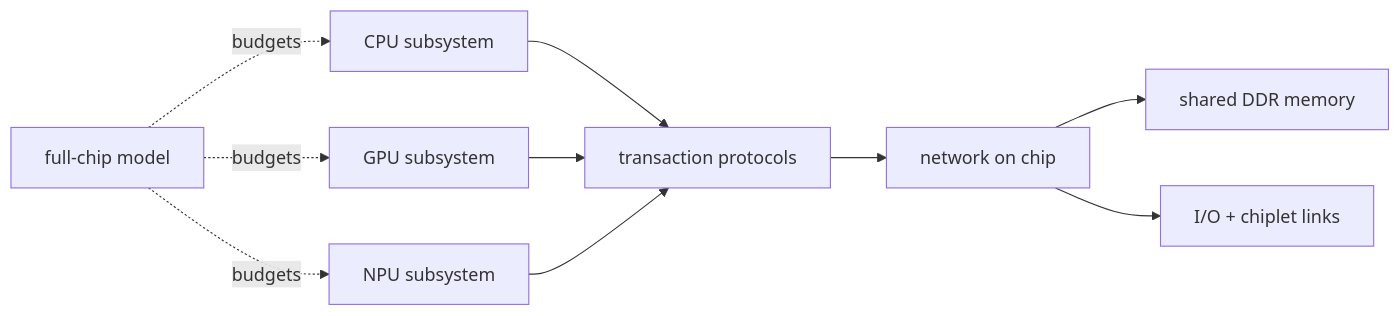
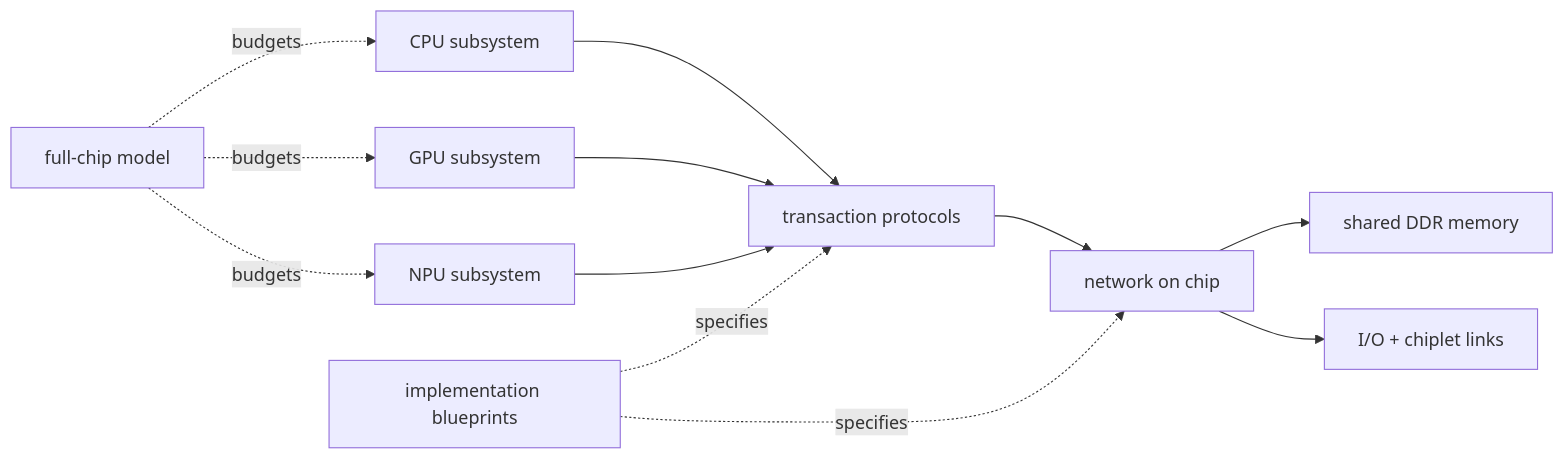
The diagram in 01_Architecture_and_PPA/04_SoC_and_Chiplet_Architecture/00_Index.md (Wty2003328/silicon-design-notebook), drawn with Mermaid before and after one commit. The commit also changed other lines of this file and 24 other files, not shown here.

Commit message:
Add implementation-reconstructable architecture blueprints

```diff
--- a/01_Architecture_and_PPA/04_SoC_and_Chiplet_Architecture/00_Index.md
+++ b/01_Architecture_and_PPA/04_SoC_and_Chiplet_Architecture/00_Index.md
@@ -13,12 +13,14 @@
 ~~~mermaid
 flowchart LR
     CPU["CPU subsystem"] --> Proto["transaction protocols"]
     GPU["GPU subsystem"] --> Proto
     NPU["NPU subsystem"] --> Proto
     Proto --> NoC["network on chip"]
     NoC --> DDR["shared DDR memory"]
     NoC --> IO["I/O + chiplet links"]
     Model["full-chip model"] -. budgets .-> CPU
     Model -. budgets .-> GPU
     Model -. budgets .-> NPU
+    Build["implementation blueprints"] -. specifies .-> Proto
+    Build -. specifies .-> NoC
 ~~~
```
